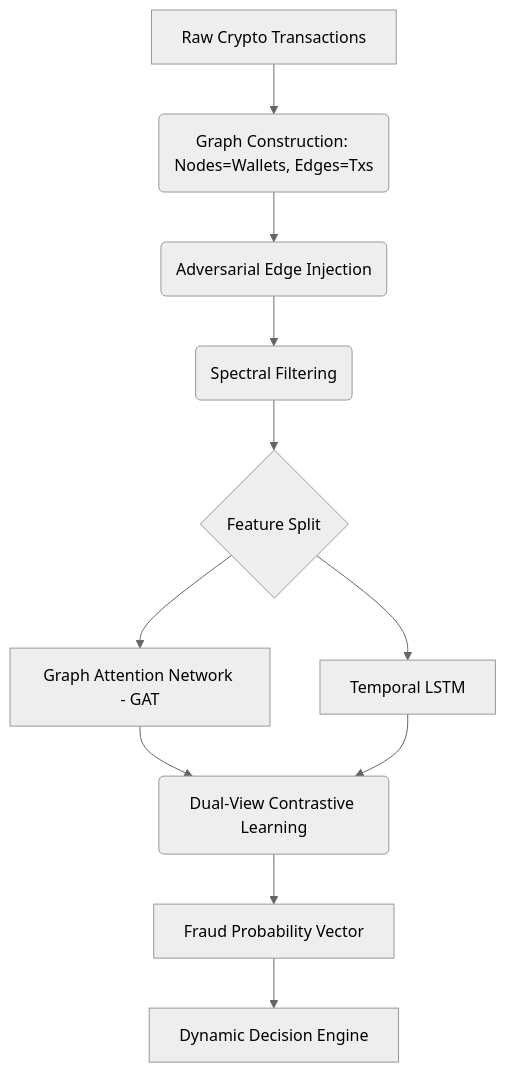
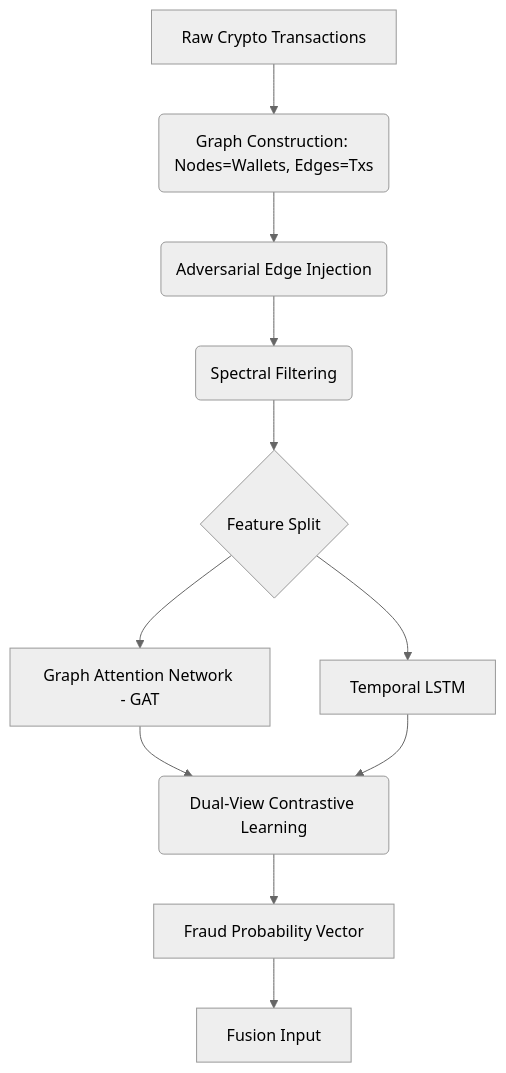
The first of 2 diagrams in README.md (Soham9Mhetre/CP), drawn with Mermaid (neutral theme) before and after one commit. The commit also changed other lines of this file and 3 other files, not shown here.

````diff
--- a/README.md
+++ b/README.md
@@ -65,13 +53,13 @@
 ```mermaid
 graph TD
-    A[Raw Crypto Transactions] --> B(Graph Construction: Nodes=Wallets, Edges=Txs);
-    B --> C(Adversarial Edge Injection);
-    C --> D(Spectral Filtering);
-    D --> E{Feature Split};
-    E --> F[Graph Attention Network - GAT];
-    E --> G[Temporal LSTM];
-    F --> H(Dual-View Contrastive Learning);
-    G --> H;
-    H --> I[Fraud Probability Vector];
-    I --> J[Dynamic Decision Engine];
+    A[Raw Crypto Transactions] --> B(Graph Construction: Nodes=Wallets, Edges=Txs)
+    B --> C(Adversarial Edge Injection)
+    C --> D(Spectral Filtering)
+    D --> E{Feature Split}
+    E --> F[Graph Attention Network - GAT]
+    E --> G[Temporal LSTM]
+    F --> H(Dual-View Contrastive Learning)
+    G --> H
+    H --> I[Fraud Probability Vector]
+    I --> J[Fusion Input]
 ```
````
